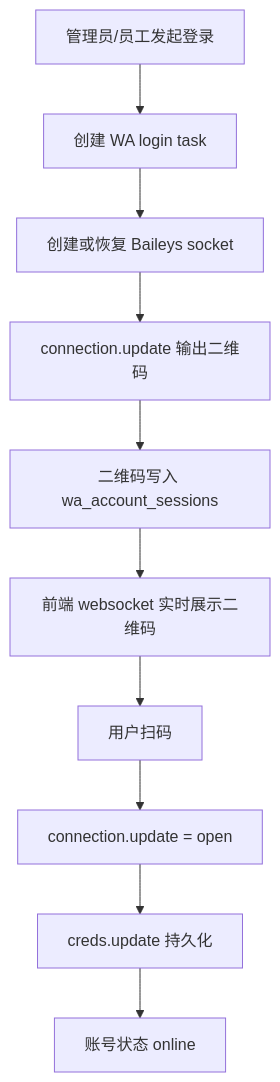
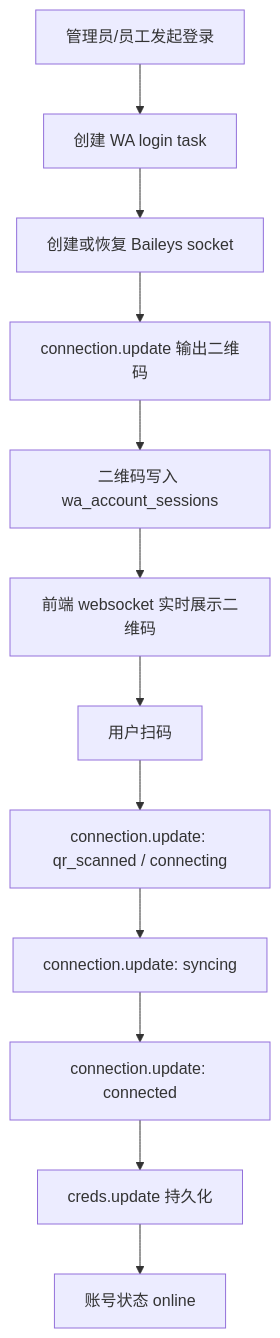
Before and after one commit to ciby9833/nuychat: the fourth of 5 diagrams in docs/whatsapp方案.md, drawn with Mermaid. The commit also changed other lines of this file and 8 other files, not shown here.

````diff
--- a/docs/whatsapp方案.md
+++ b/docs/whatsapp方案.md
@@ -238,12 +239,14 @@
 ```mermaid
 flowchart TD
     A["管理员/员工发起登录"] --> B["创建 WA login task"]
     B --> C["创建或恢复 Baileys socket"]
     C --> D["connection.update 输出二维码"]
     D --> E["二维码写入 wa_account_sessions"]
     E --> F["前端 websocket 实时展示二维码"]
     F --> G["用户扫码"]
-    G --> H["connection.update = open"]
-    H --> I["creds.update 持久化"]
-    I --> J["账号状态 online"]
+    G --> H["connection.update: qr_scanned / connecting"]
+    H --> I["connection.update: syncing"]
+    I --> J["connection.update: connected"]
+    J --> K["creds.update 持久化"]
+    K --> L["账号状态 online"]
 ```
````
